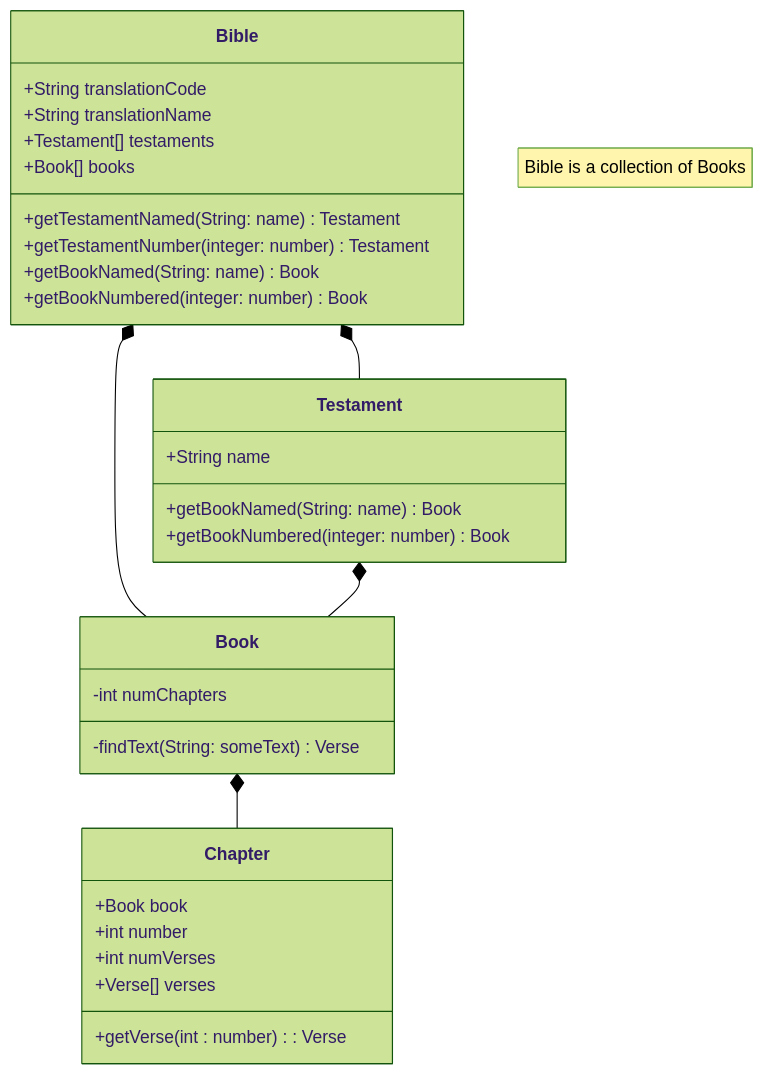
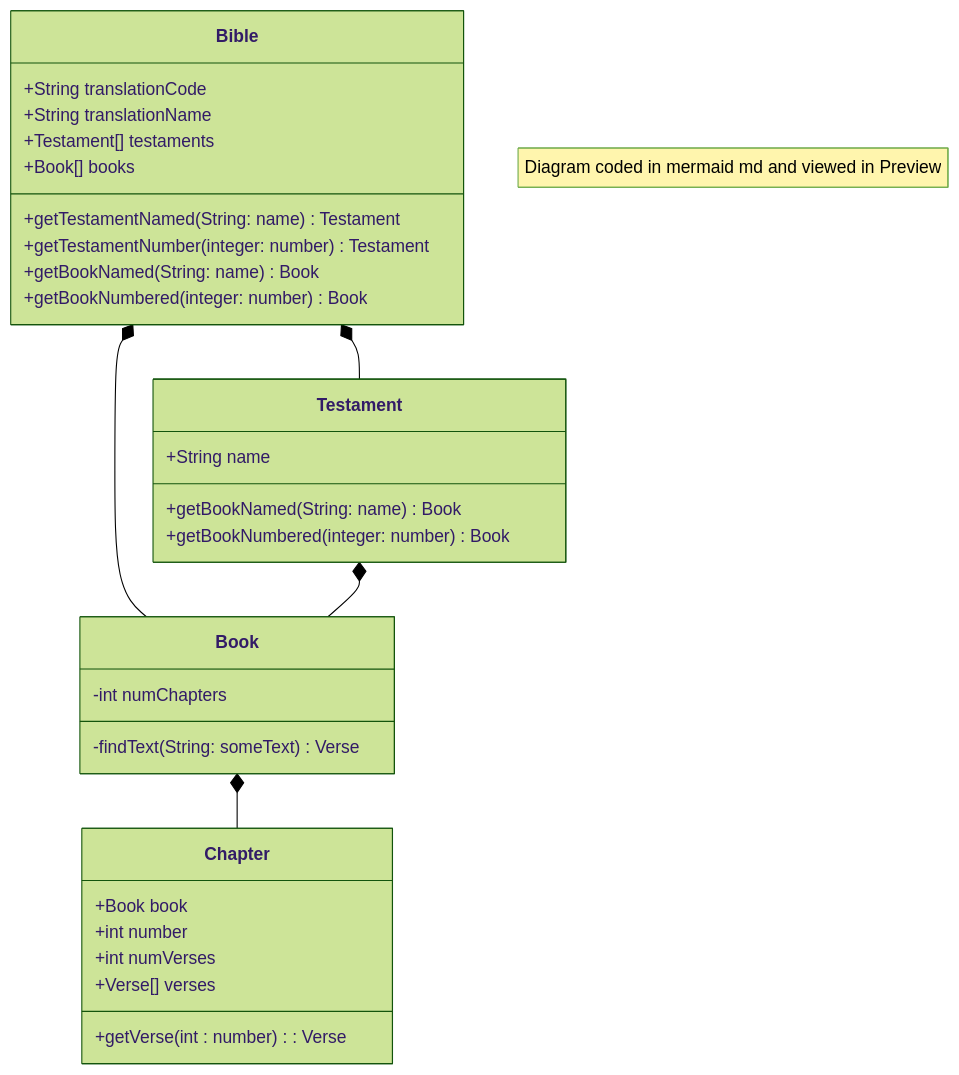
The diagram in DataModel.md (MichaelKentBurns/BibleModel), drawn with Mermaid (forest theme) before and after one commit. The commit also changed other lines of this file, not shown here.

````diff
--- a/DataModel.md
+++ b/DataModel.md
@@ -12,39 +12,39 @@
 ```mermaid
 classDiagram
-    note "Bible is a collection of Books"
+    note "Diagram coded in mermaid md and viewed in Preview"
    
     class Bible {
         +String translationCode
         +String translationName
         +Testament[] testaments
         +getTestamentNamed(String: name) Testament
         +getTestamentNumber(integer: number) Testament
         +Book[] books
         +getBookNamed(String: name) Book
         +getBookNumbered(integer: number) Book
     }
 
     Bible *-- Testament
     class Testament {
         +String name
         +getBookNamed(String: name) Book
         +getBookNumbered(integer: number) Book
     }
 
     Bible *-- Book 
     Testament *-- Book
     class Book {
         -int numChapters
         -findText( String: someText ) Verse
     }
     Book *-- Chapter
 
     class Chapter {
         +Book book
         +int number
         +int numVerses
         +Verse[] verses
         +getVerse( int : number ) : Verse
     }
 
 ```
````
